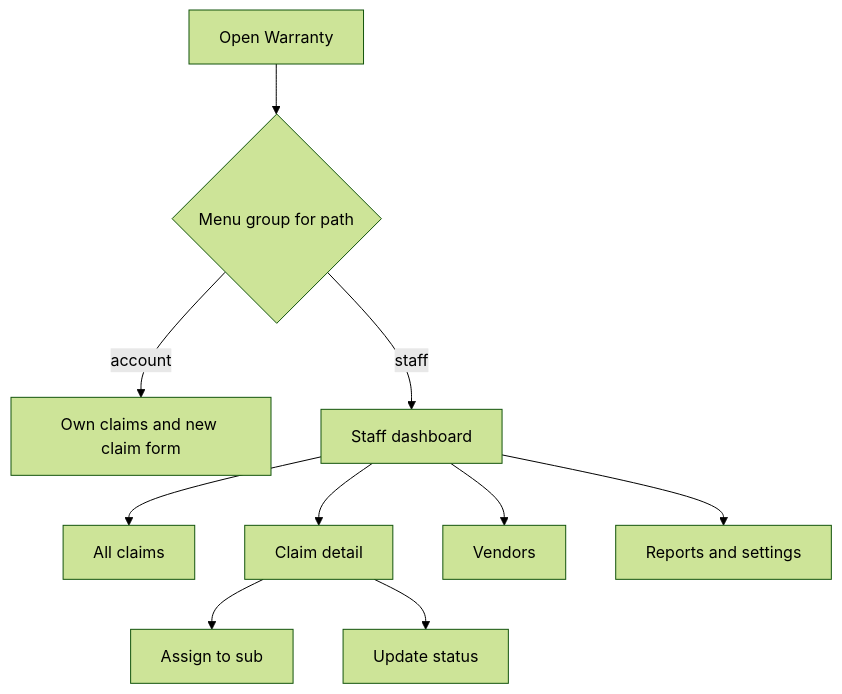
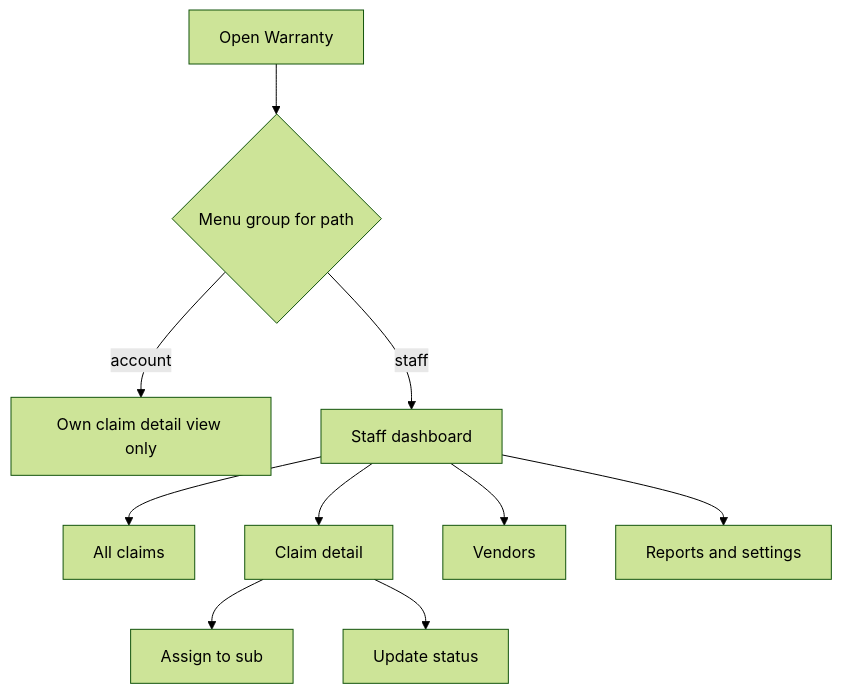
One commit to ariesrei/ceo-mobile-nextjs changed the fourth of 5 diagrams in docs/Mobile-App-Role-Workflows.MD. Above: the diagram before and after it, drawn with Mermaid (forest theme). The commit also changed other lines of this file and 2 other files, not shown here.

````diff
--- a/docs/Mobile-App-Role-Workflows.MD
+++ b/docs/Mobile-App-Role-Workflows.MD
@@ -179,14 +188,14 @@
 ```mermaid
 flowchart TD
   entry[Open Warranty]
   role{Menu group for path}
   entry --> role
-  role -->|account| mine[Own claims and new claim form]
+  role -->|account| mine[Own claim detail view only]
   role -->|staff| dash[Staff dashboard]
   dash --> claims[All claims]
   dash --> detail[Claim detail]
   detail --> assign[Assign to sub]
   detail --> status[Update status]
   dash --> vendors[Vendors]
   dash --> reports[Reports and settings]
 ```
````
